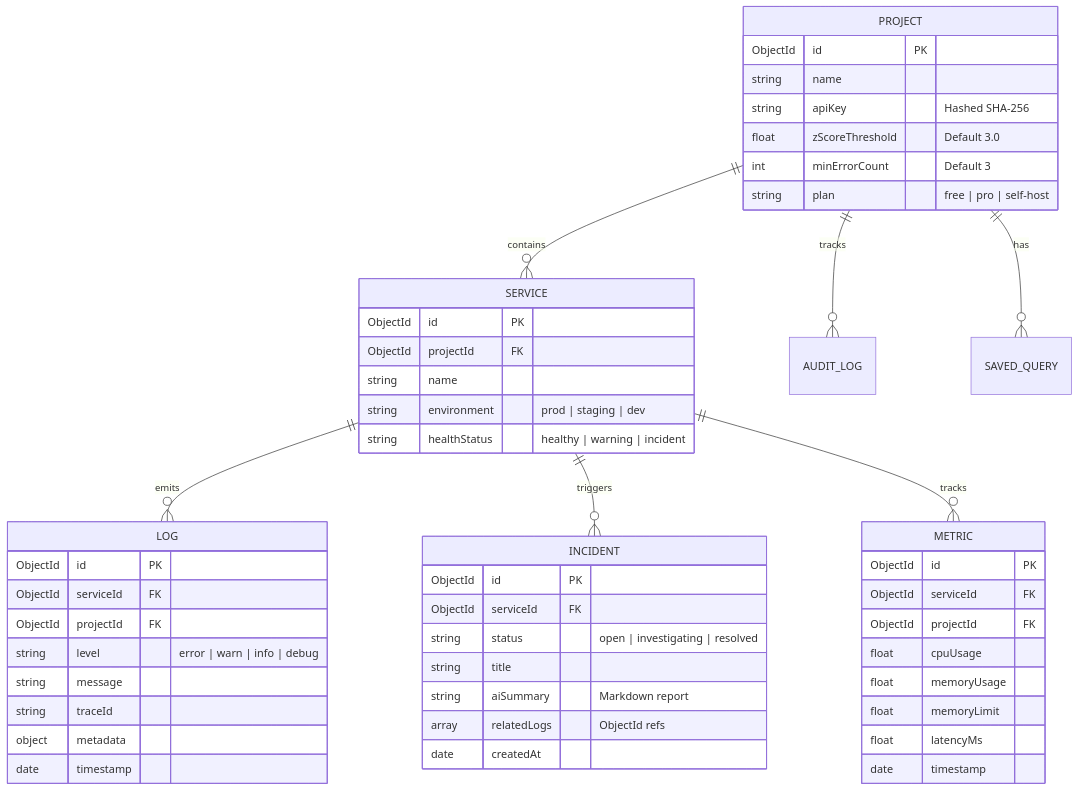
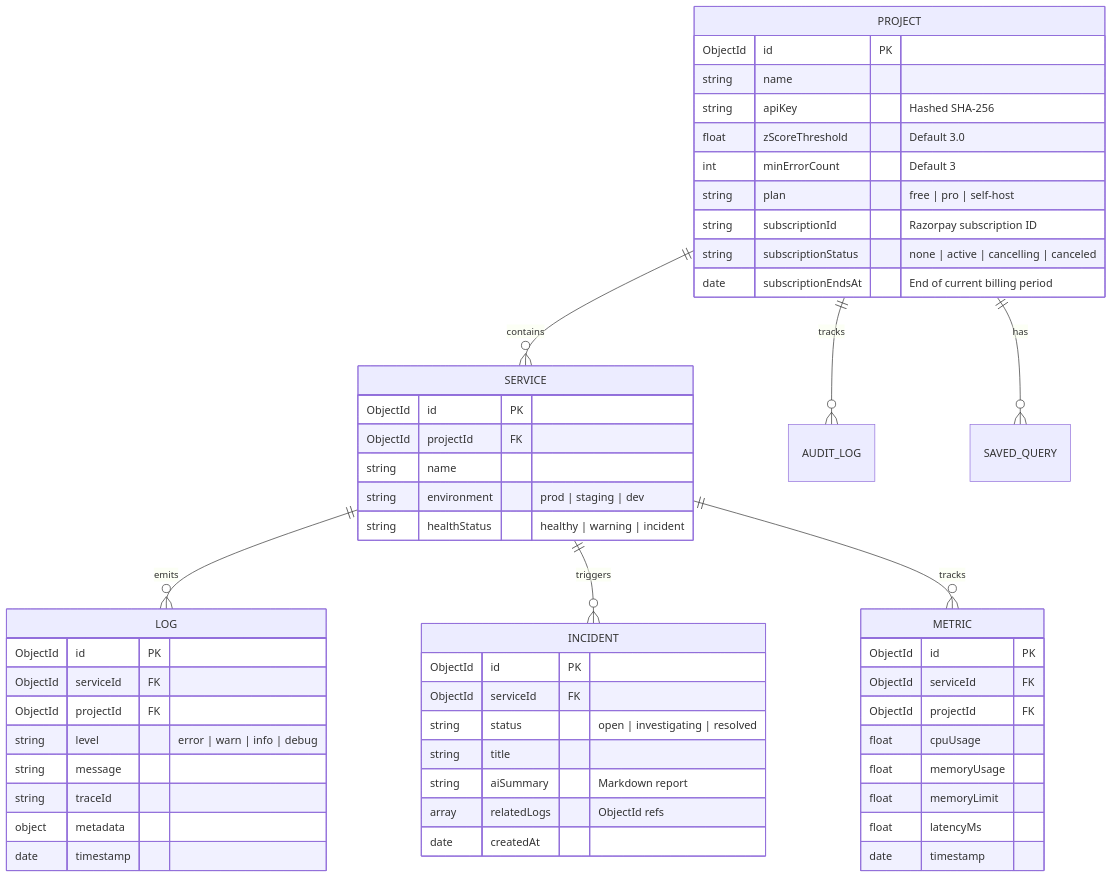
One commit to Vaibhav-Singh2/ObservabilityOS changed the diagram in docs/DATABASE.md. Above: the diagram before and after it, drawn with Mermaid. The commit also changed 3 other files, not shown here.

First line of the commit message:
feat(billing): overhaul self-host detection, cancel/restore flow, and plan realignment

````diff
--- a/docs/DATABASE.md
+++ b/docs/DATABASE.md
@@ -11,58 +11,61 @@
 ```mermaid
 erDiagram
     PROJECT ||--o{ SERVICE : contains
     PROJECT ||--o{ AUDIT_LOG : tracks
     PROJECT ||--o{ SAVED_QUERY : has
     SERVICE ||--o{ LOG : emits
     SERVICE ||--o{ INCIDENT : triggers
     SERVICE ||--o{ METRIC : tracks
 
     PROJECT {
         ObjectId id PK
         string name
         string apiKey "Hashed SHA-256"
         float zScoreThreshold "Default 3.0"
         int minErrorCount "Default 3"
         string plan "free | pro | self-host"
+        string subscriptionId "Razorpay subscription ID"
+        string subscriptionStatus "none | active | cancelling | canceled"
+        date subscriptionEndsAt "End of current billing period"
     }
 
     SERVICE {
         ObjectId id PK
         ObjectId projectId FK
         string name
         string environment "prod | staging | dev"
         string healthStatus "healthy | warning | incident"
     }
 
     LOG {
         ObjectId id PK
         ObjectId serviceId FK
         ObjectId projectId FK
         string level "error | warn | info | debug"
         string message
         string traceId
         object metadata
         date timestamp
     }
 
     INCIDENT {
         ObjectId id PK
         ObjectId serviceId FK
         string status "open | investigating | resolved"
         string title
         string aiSummary "Markdown report"
         array relatedLogs "ObjectId refs"
         date createdAt
     }
 
     METRIC {
         ObjectId id PK
         ObjectId serviceId FK
         ObjectId projectId FK
         float cpuUsage
         float memoryUsage
         float memoryLimit
         float latencyMs
         date timestamp
     }
 ```
````
